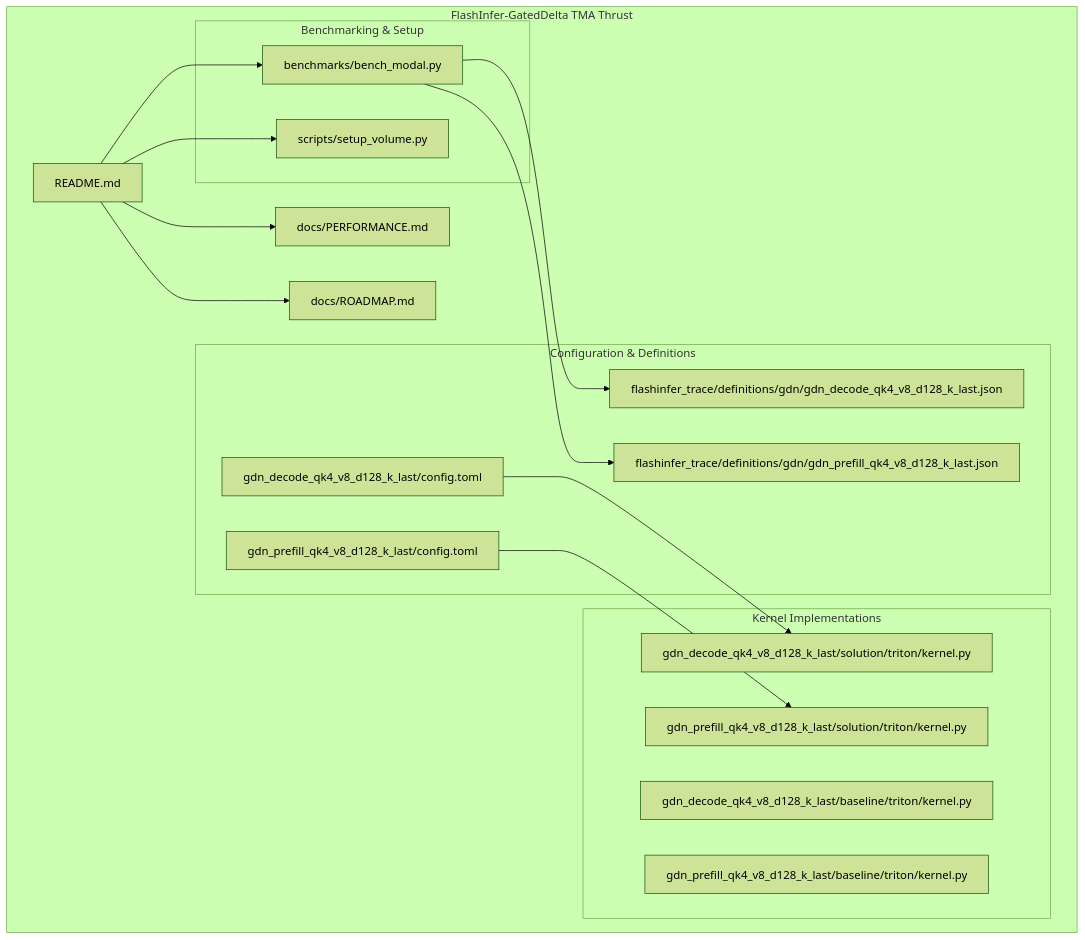
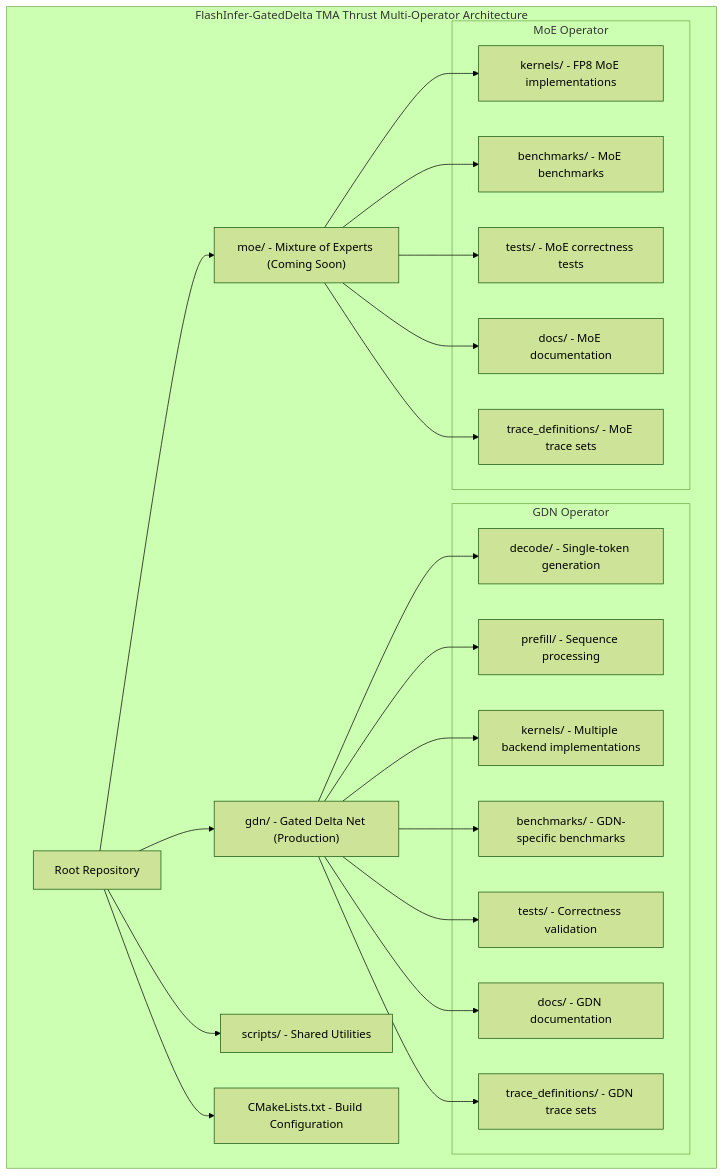
One commit to gugudeshubao/flashinfer-bench-tma-thrust changed the first of 10 diagrams in .qoder/repowiki/en/content/Project Overview/Project Overview.md. Above: the diagram before and after it, drawn with Mermaid (forest theme). The commit also changed other lines of this file and 23 other files, not shown here.

````diff
--- a/.qoder/repowiki/en/content/Project Overview/Project Overview.md
+++ b/.qoder/repowiki/en/content/Project Overview/Project Overview.md
@@ -66,32 +54,42 @@
 ```mermaid
 graph TB
-subgraph "FlashInfer-GatedDelta TMA Thrust"
-A["README.md"]
-B["docs/PERFORMANCE.md"]
-C["docs/ROADMAP.md"]
-subgraph "Kernel Implementations"
-D["gdn_decode_qk4_v8_d128_k_last/solution/triton/kernel.py"]
-E["gdn_prefill_qk4_v8_d128_k_last/solution/triton/kernel.py"]
-F["gdn_decode_qk4_v8_d128_k_last/baseline/triton/kernel.py"]
-G["gdn_prefill_qk4_v8_d128_k_last/baseline/triton/kernel.py"]
+subgraph "FlashInfer-GatedDelta TMA Thrust Multi-Operator Architecture"
+A["Root Repository"]
+B["gdn/ - Gated Delta Net (Production)"]
+C["moe/ - Mixture of Experts (Coming Soon)"]
+D["scripts/ - Shared Utilities"]
+E["CMakeLists.txt - Build Configuration"]
+subgraph "GDN Operator"
+B1["decode/ - Single-token generation"]
+B2["prefill/ - Sequence processing"]
+B3["kernels/ - Multiple backend implementations"]
+B4["benchmarks/ - GDN-specific benchmarks"]
+B5["tests/ - Correctness validation"]
+B6["docs/ - GDN documentation"]
+B7["trace_definitions/ - GDN trace sets"]
 end
-subgraph "Configuration & Definitions"
-H["gdn_decode_qk4_v8_d128_k_last/config.toml"]
-I["gdn_prefill_qk4_v8_d128_k_last/config.toml"]
-J["flashinfer_trace/definitions/gdn/gdn_decode_qk4_v8_d128_k_last.json"]
-K["flashinfer_trace/definitions/gdn/gdn_prefill_qk4_v8_d128_k_last.json"]
-end
-subgraph "Benchmarking & Setup"
-L["benchmarks/bench_modal.py"]
-M["scripts/setup_volume.py"]
-end
+subgraph "MoE Operator"
+C1["kernels/ - FP8 MoE implementations"]
+C2["benchmarks/ - MoE benchmarks"]
+C3["tests/ - MoE correctness tests"]
+C4["docs/ - MoE documentation"]
+C5["trace_definitions/ - MoE trace sets"]
 end
 A --> B
 A --> C
-A --> L
-A --> M
-L --> J
-L --> K
-H --> D
-I --> E
+A --> D
+A --> E
+B --> B1
+B --> B2
+B --> B3
+B --> B4
+B --> B5
+B --> B6
+B --> B7
+C --> C1
+C --> C2
+C --> C3
+C --> C4
+C --> C5
+end
 ```
````
